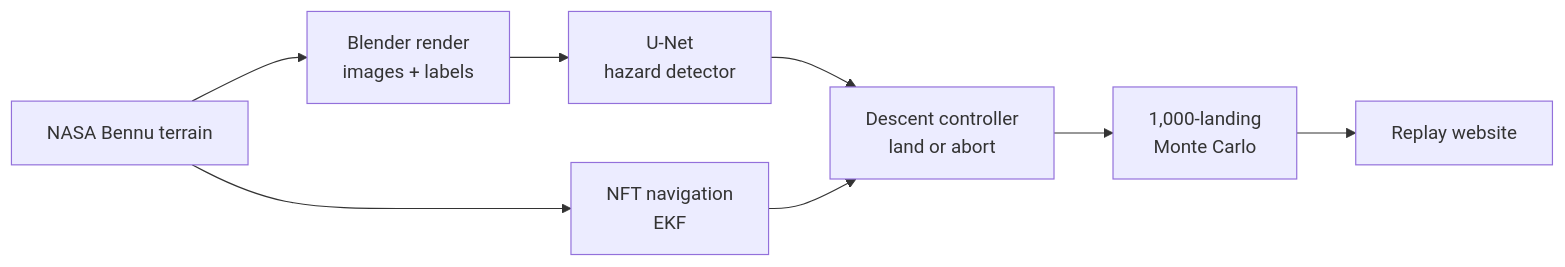
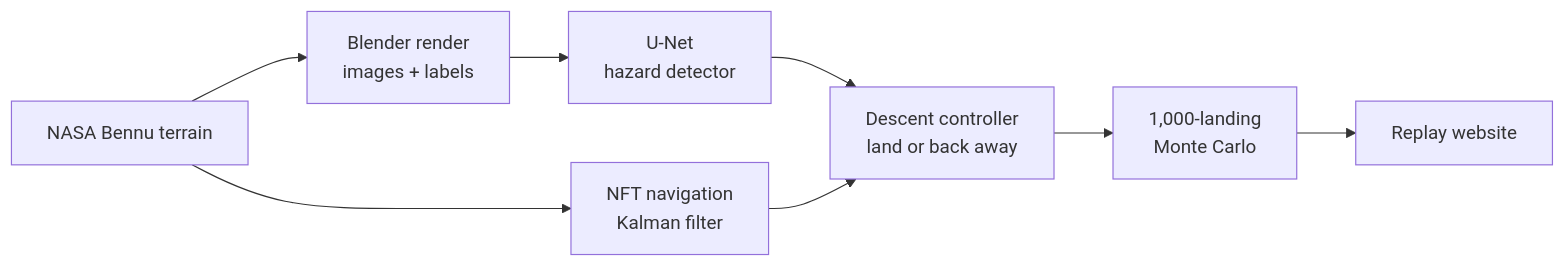
Before and after one commit to aryanyaksh-art/touch_down: the diagram in README.md, drawn with Mermaid. The commit also changed other lines of this file and 7 other files, not shown here.

````diff
--- a/README.md
+++ b/README.md
@@ -50,10 +55,10 @@
 ```mermaid
 flowchart LR
     A[NASA Bennu terrain] --> B[Blender render<br/>images + labels]
     B --> C[U-Net<br/>hazard detector]
-    A --> D[NFT navigation<br/>EKF]
-    C --> E[Descent controller<br/>land or abort]
+    A --> D[NFT navigation<br/>Kalman filter]
+    C --> E[Descent controller<br/>land or back away]
     D --> E
     E --> F[1,000-landing<br/>Monte Carlo]
     F --> G[Replay website]
 ```
````
